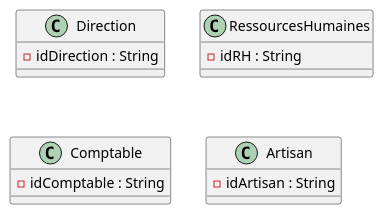
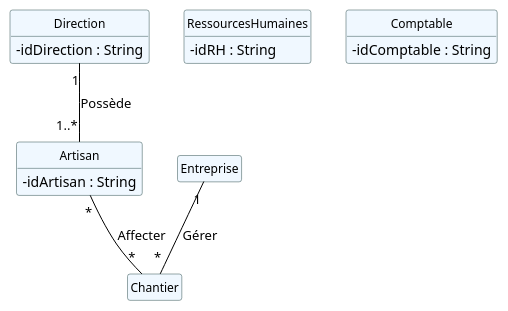
The diagram in dc.plantuml (IUT-Blagnac/r2-01-conception-td5-Aadroman), drawn with PlantUML before and after one commit.

Commit message:
2e push de fin de tp 08032022

```diff
--- a/dc.plantuml
+++ b/dc.plantuml
@@ -3,20 +3,51 @@
 @startuml
+
+hide circle
+hide empty members
+hide empty methods
+
+skinparam classAttributeIconSize 0
+
+skinparam roundcorner 5
+
+skinparam class {
+    BackgroundColor AliceBlue
+    BorderColor DarkSlateGray
+    ArrowColor Black
+    FontColor Black
+    FontSize 12
+    FontName Helvetica
+}
+
+skinparam arrow {
+    MessageAlign center
+}
+
 
 class Direction{
     - idDirection : String 
 }
 
 class RessourcesHumaines{
     - idRH : String 
 }
 
 class Comptable {
     - idComptable : String
 }
 
 class Artisan{
     - idArtisan : String
 }
 
+class Chantier{
+
+}
+
+Direction "1" -- "1..*" Artisan : Possède
+Entreprise "1" -- "*" Chantier : Gérer
+Artisan "*" -- "*" Chantier : Affecter
+
+
 
 @enduml
```
